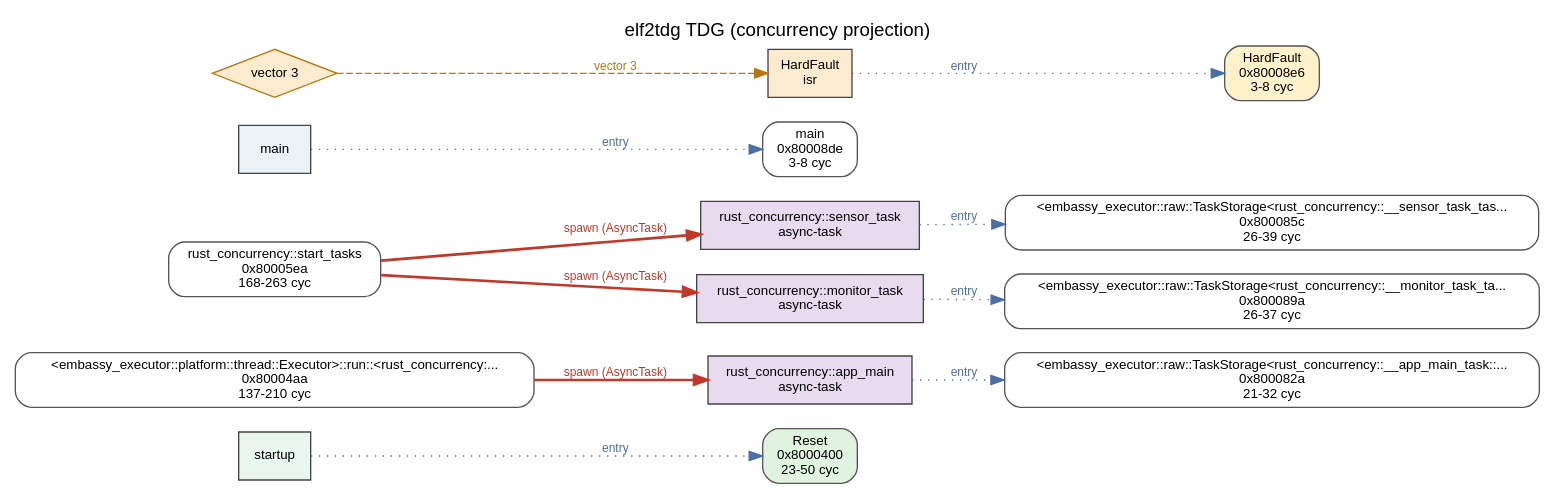
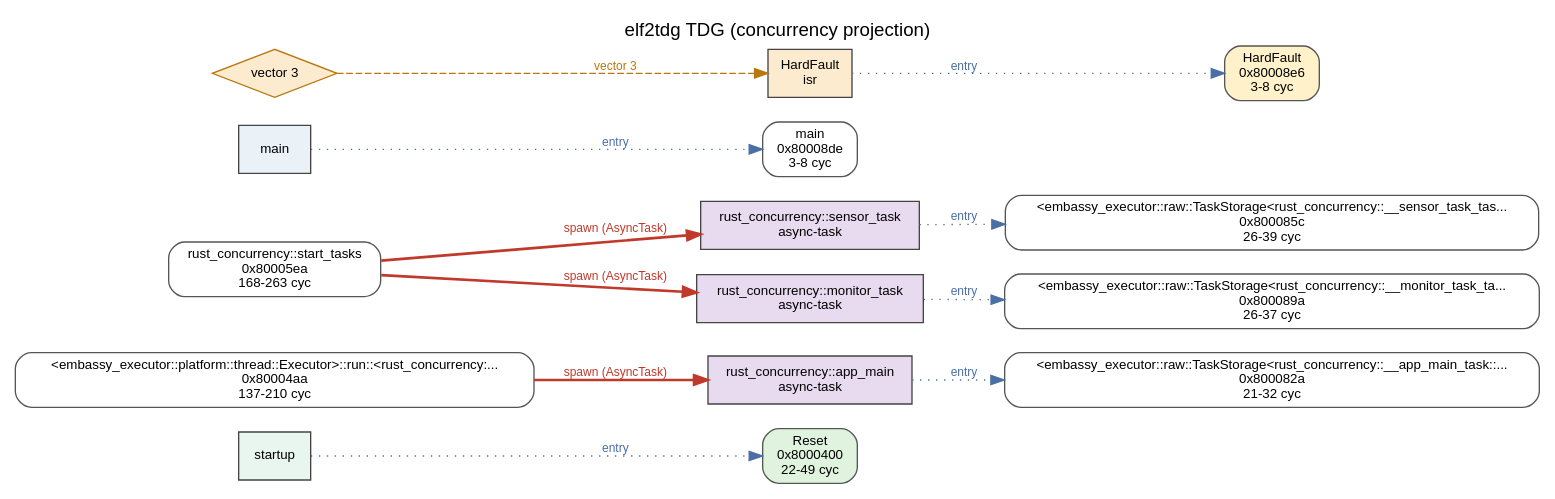
One commit to kevindadi/elf2tdg changed the diagram in examples/rust-concurrency/artifacts/tdg-analysis-concurrency-compact.dot. Above: the diagram before and after it, drawn with Graphviz. The commit also changed 22 other files, not shown here.

```diff
--- a/examples/rust-concurrency/artifacts/tdg-analysis-concurrency-compact.dot
+++ b/examples/rust-concurrency/artifacts/tdg-analysis-concurrency-compact.dot
@@ -1,31 +1,31 @@
 digraph tdg {
   rankdir=LR;
   graph [fontname="Helvetica", label="elf2tdg TDG (concurrency projection)", labelloc=t];
   node [fontname="Helvetica", fontsize=10, shape=box, style="rounded,filled", fillcolor="#ffffff", color="#555555"];
   edge [fontname="Helvetica", fontsize=9];
-  "fn:0x8000400" [label="Reset\n0x8000400\n23-50 cyc", fillcolor="#dff3df", color="#555555", style="rounded,filled"];
+  "fn:0x8000400" [label="Reset\n0x8000400\n22-49 cyc", fillcolor="#dff3df", color="#555555", style="rounded,filled"];
   "fn:0x80004aa" [label="<embassy_executor::platform::thread::Executor>::run::<rust_concurrency:...\n0x80004aa\n137-210 cyc", fillcolor="#ffffff", color="#555555", style="rounded,filled"];
   "fn:0x80005ea" [label="rust_concurrency::start_tasks\n0x80005ea\n168-263 cyc", fillcolor="#ffffff", color="#555555", style="rounded,filled"];
   "fn:0x800082a" [label="<embassy_executor::raw::TaskStorage<rust_concurrency::__app_main_task::...\n0x800082a\n21-32 cyc", fillcolor="#ffffff", color="#555555", style="rounded,filled"];
   "fn:0x800085c" [label="<embassy_executor::raw::TaskStorage<rust_concurrency::__sensor_task_tas...\n0x800085c\n26-39 cyc", fillcolor="#ffffff", color="#555555", style="rounded,filled"];
   "fn:0x800089a" [label="<embassy_executor::raw::TaskStorage<rust_concurrency::__monitor_task_ta...\n0x800089a\n26-37 cyc", fillcolor="#ffffff", color="#555555", style="rounded,filled"];
   "fn:0x80008de" [label="main\n0x80008de\n3-8 cyc", fillcolor="#ffffff", color="#555555", style="rounded,filled"];
   "fn:0x80008e6" [label="HardFault\n0x80008e6\n3-8 cyc", fillcolor="#fff1c9", color="#555555", style="rounded,filled"];
   "ctx:async:0x80004e4" [label="rust_concurrency::app_main\nasync-task", shape=box, style="filled", fillcolor="#e8daef", color="#444444"];
   "ctx:async:0x80004e4" -> "fn:0x800082a" [label="entry", style=dotted, color="#4a6fa5", fontcolor="#4a6fa5"];
   "ctx:async:0x800061c" [label="rust_concurrency::sensor_task\nasync-task", shape=box, style="filled", fillcolor="#e8daef", color="#444444"];
   "ctx:async:0x800061c" -> "fn:0x800085c" [label="entry", style=dotted, color="#4a6fa5", fontcolor="#4a6fa5"];
   "ctx:async:0x80006ec" [label="rust_concurrency::monitor_task\nasync-task", shape=box, style="filled", fillcolor="#e8daef", color="#444444"];
   "ctx:async:0x80006ec" -> "fn:0x800089a" [label="entry", style=dotted, color="#4a6fa5", fontcolor="#4a6fa5"];
   "ctx:isr:3" [label="HardFault\nisr", shape=box, style="filled", fillcolor="#fdebd0", color="#444444"];
   "ctx:isr:3" -> "fn:0x80008e6" [label="entry", style=dotted, color="#4a6fa5", fontcolor="#4a6fa5"];
   "ctx:main" [label="main", shape=box, style="filled", fillcolor="#eaf2f8", color="#444444"];
   "ctx:main" -> "fn:0x80008de" [label="entry", style=dotted, color="#4a6fa5", fontcolor="#4a6fa5"];
   "ctx:startup" [label="startup", shape=box, style="filled", fillcolor="#e8f6ef", color="#444444"];
   "ctx:startup" -> "fn:0x8000400" [label="entry", style=dotted, color="#4a6fa5", fontcolor="#4a6fa5"];
   "vector:3" [label="vector 3", shape=diamond, style="filled", fillcolor="#fdebd0", color="#b9770e"];
   "vector:3" -> "ctx:isr:3" [label="vector 3", color="#b9770e", fontcolor="#b9770e", style=dashed];
   "fn:0x80004aa" -> "ctx:async:0x80004e4" [label="spawn (AsyncTask)", color="#c0392b", fontcolor="#c0392b", style="bold"];
   "fn:0x80005ea" -> "ctx:async:0x800061c" [label="spawn (AsyncTask)", color="#c0392b", fontcolor="#c0392b", style="bold"];
   "fn:0x80005ea" -> "ctx:async:0x80006ec" [label="spawn (AsyncTask)", color="#c0392b", fontcolor="#c0392b", style="bold"];
 }
```
